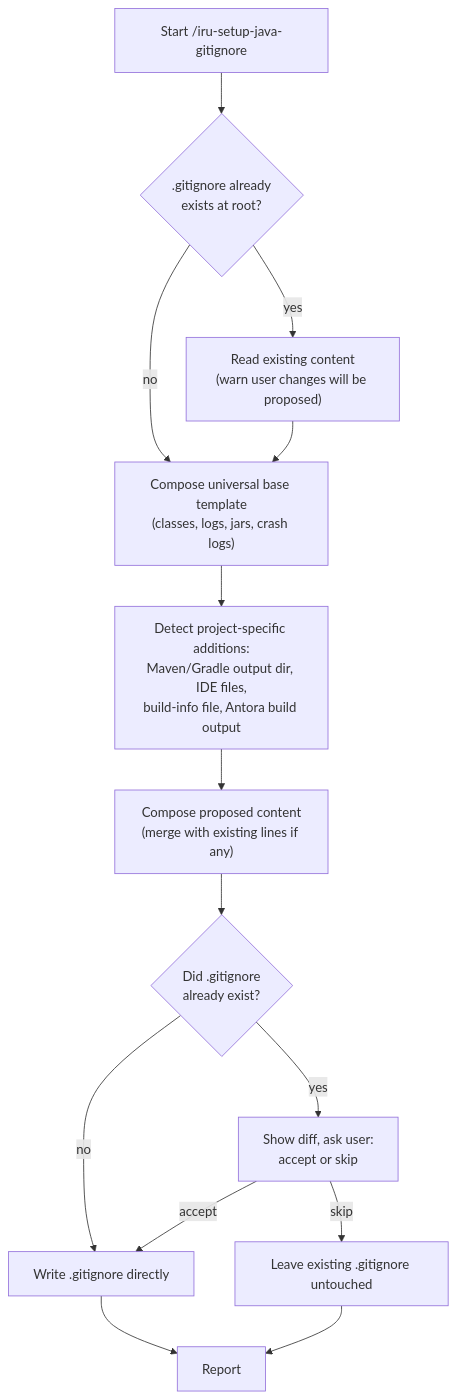
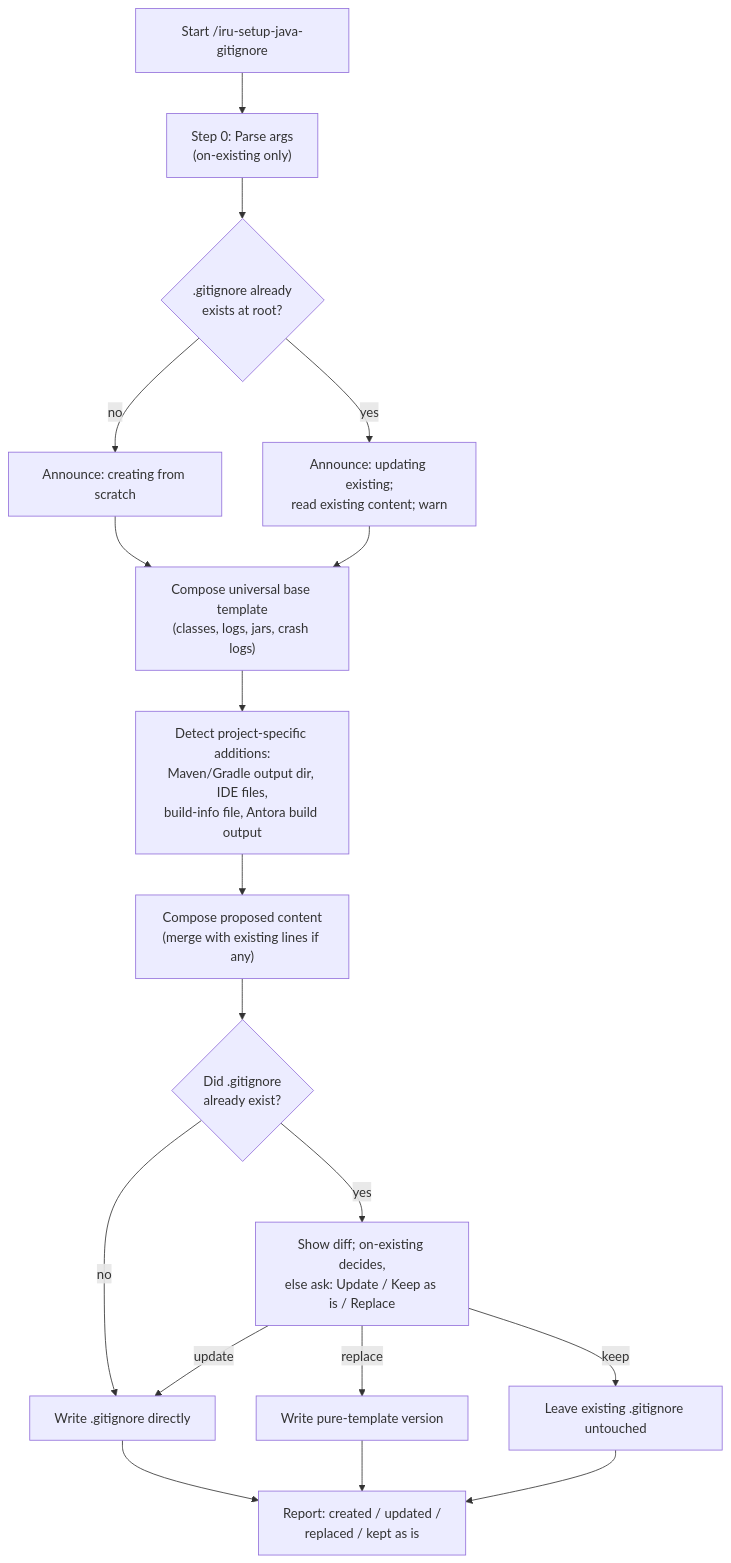
One commit to albertoirurueta/ai-catalog changed the diagram in docs/modules/ROOT/pages/skills/iru-setup-java-gitignore.adoc. Above: the diagram before and after it, drawn with Mermaid. The commit also changed other lines of this file and 87 other files, not shown here.

```diff
--- a/docs/modules/ROOT/pages/skills/iru-setup-java-gitignore.adoc
+++ b/docs/modules/ROOT/pages/skills/iru-setup-java-gitignore.adoc
@@ -57,17 +72,21 @@
 [mermaid]
 ....
 flowchart TD
-    A[Start /iru-setup-java-gitignore] --> B{".gitignore already\nexists at root?"}
-    B -- no --> C["Compose universal base template\n(classes, logs, jars, crash logs)"]
-    B -- yes --> D["Read existing content\n(warn user changes will be proposed)"]
-    D --> C
+    A[Start /iru-setup-java-gitignore] --> A0["Step 0: Parse args\n(on-existing only)"]
+    A0 --> B{".gitignore already\nexists at root?"}
+    B -- no --> B1["Announce: creating from scratch"]
+    B -- yes --> D["Announce: updating existing;\nread existing content; warn"]
+    B1 --> C
+    D --> C["Compose universal base template\n(classes, logs, jars, crash logs)"]
     C --> E["Detect project-specific additions:\nMaven/Gradle output dir, IDE files,\nbuild-info file, Antora build output"]
     E --> F["Compose proposed content\n(merge with existing lines if any)"]
     F --> G{"Did .gitignore\nalready exist?"}
     G -- no --> H["Write .gitignore directly"]
-    G -- yes --> I["Show diff, ask user:\naccept or skip"]
-    I -- accept --> H
-    I -- skip --> J["Leave existing .gitignore untouched"]
-    H --> K[Report]
+    G -- yes --> I["Show diff; on-existing decides,\nelse ask: Update / Keep as is / Replace"]
+    I -- update --> H
+    I -- replace --> H2["Write pure-template version"]
+    I -- keep --> J["Leave existing .gitignore untouched"]
+    H --> K["Report: created / updated /\nreplaced / kept as is"]
+    H2 --> K
     J --> K
 ....
```
